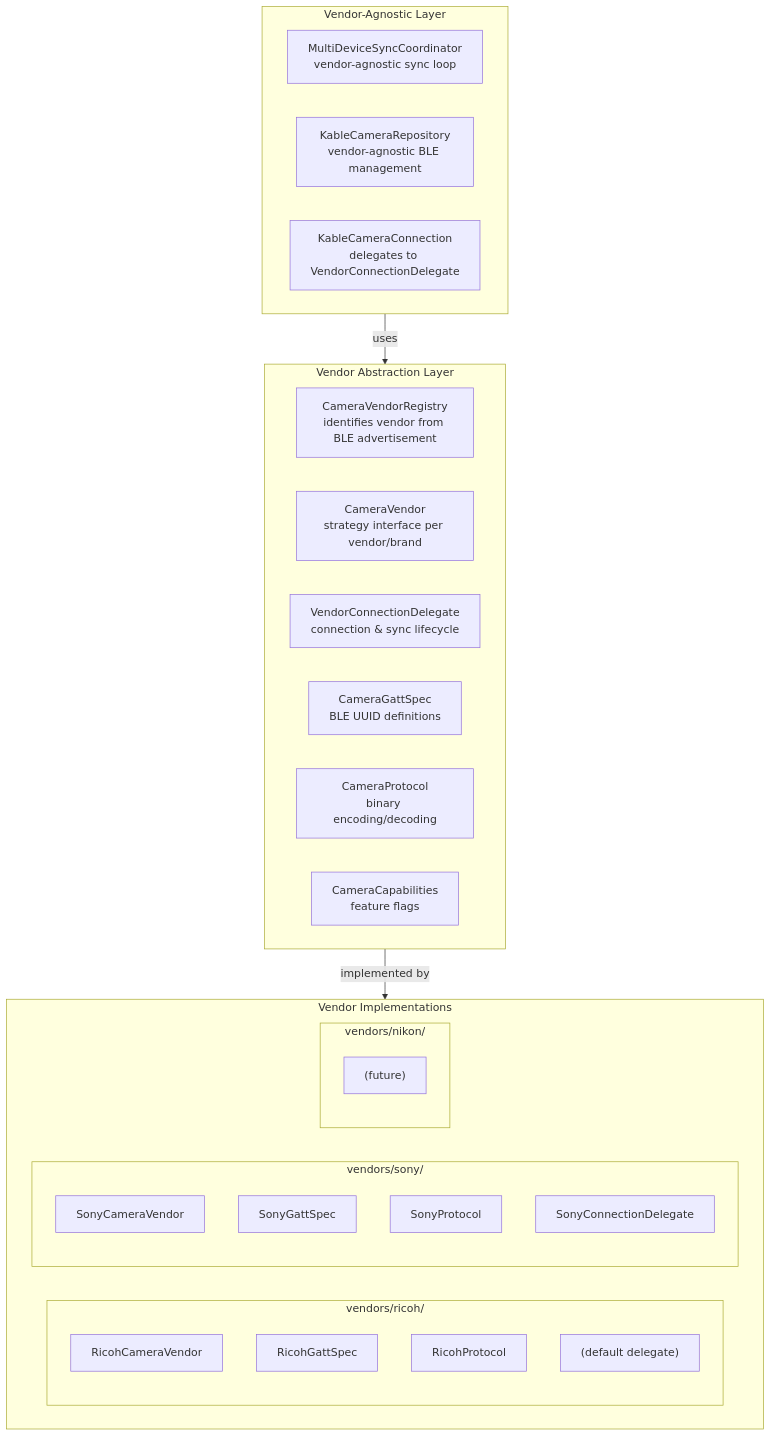
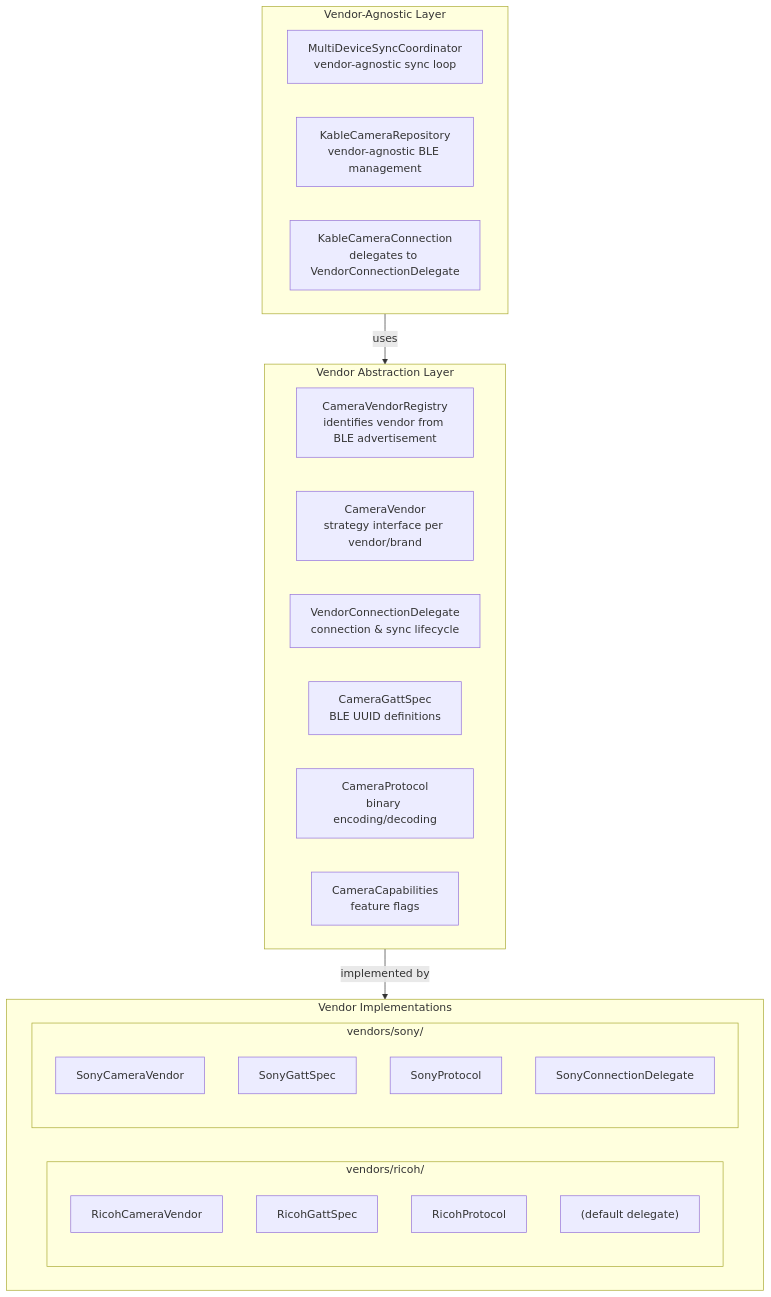
One commit to Chilfish/CameraSync changed the first of 5 diagrams in docs/MULTI_VENDOR_SUPPORT.md. Above: the diagram before and after it, drawn with Mermaid. The commit also changed other lines of this file and 10 other files, not shown here.

````diff
--- a/docs/MULTI_VENDOR_SUPPORT.md
+++ b/docs/MULTI_VENDOR_SUPPORT.md
@@ -20,38 +20,35 @@
 ```mermaid
 graph TB
     subgraph Coord["Vendor-Agnostic Layer"]
         MDSC["MultiDeviceSyncCoordinator<br/>vendor-agnostic sync loop"]
         KCR["KableCameraRepository<br/>vendor-agnostic BLE management"]
         KCC["KableCameraConnection<br/>delegates to VendorConnectionDelegate"]
     end
 
     subgraph Abstraction["Vendor Abstraction Layer"]
         CVR["CameraVendorRegistry<br/>identifies vendor from BLE advertisement"]
         CV["CameraVendor<br/>strategy interface per vendor/brand"]
         VCD["VendorConnectionDelegate<br/>connection & sync lifecycle"]
         CGS["CameraGattSpec<br/>BLE UUID definitions"]
         CP["CameraProtocol<br/>binary encoding/decoding"]
         CC["CameraCapabilities<br/>feature flags"]
     end
 
     subgraph Implementations["Vendor Implementations"]
         subgraph Ricoh["vendors/ricoh/"]
             RCV["RicohCameraVendor"]
             RGS["RicohGattSpec"]
             RP["RicohProtocol"]
             RD["(default delegate)"]
         end
         subgraph Sony["vendors/sony/"]
             SCV["SonyCameraVendor"]
             SGS["SonyGattSpec"]
             SP["SonyProtocol"]
             SCD["SonyConnectionDelegate"]
         end
-        subgraph Nikon["vendors/nikon/"]
-            NCV["(future)"]
-        end
     end
 
     Coord -->|uses| Abstraction
     Abstraction -->|implemented by| Implementations
 ```
````
